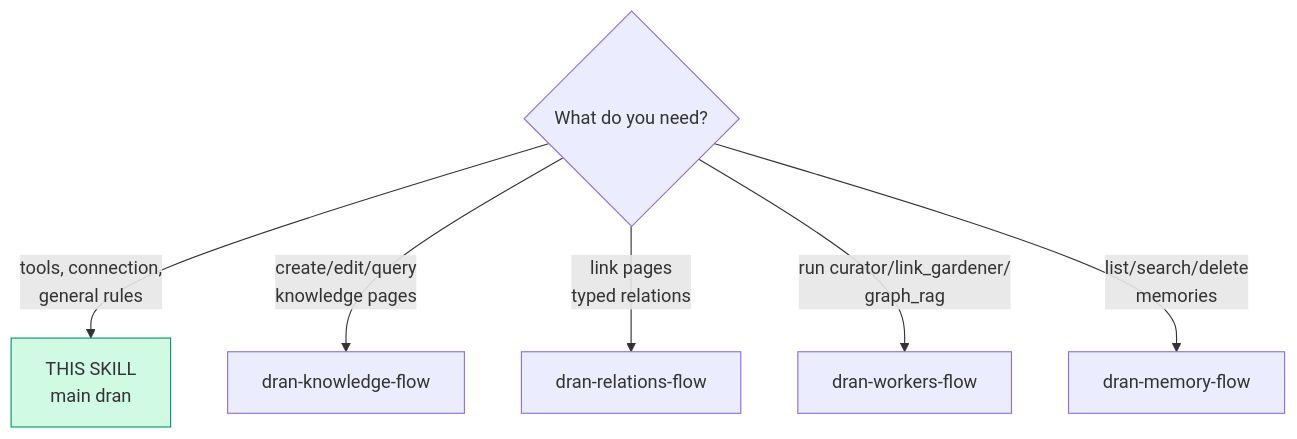
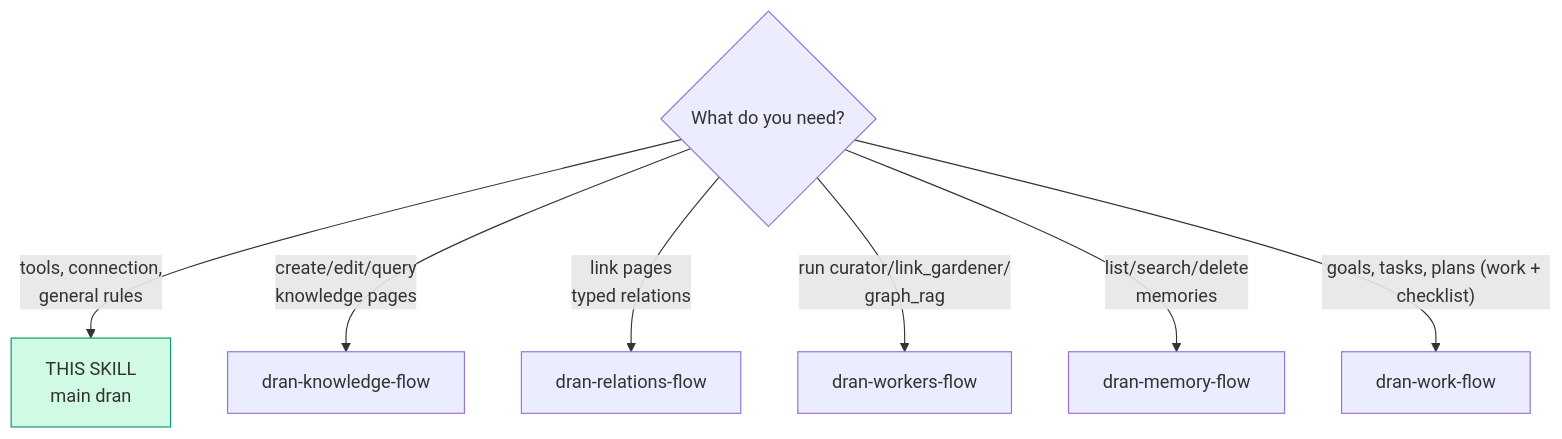
One commit to alvarolizama/dran changed the first of 3 diagrams in skills/dran/SKILL.md. Above: the diagram before and after it, drawn with Mermaid. The commit also changed other lines of this file and 6 other files, not shown here.

First line of the commit message:
docs(skills): el flujo de trabajo (goals, tasks, plans) entra al suite

````diff
--- a/skills/dran/SKILL.md
+++ b/skills/dran/SKILL.md
@@ -29,10 +29,12 @@
 ```mermaid
 flowchart TD
   Q{What do you need?} -->|"tools, connection,\ngeneral rules"| SELF["THIS SKILL\nmain dran"]
   Q -->|"create/edit/query\nknowledge pages"| K[dran-knowledge-flow]
   Q -->|"link pages\ntyped relations"| R[dran-relations-flow]
   Q -->|"run curator/link_gardener/\ngraph_rag"| X[dran-workers-flow]
   Q -->|"list/search/delete\nmemories"| M[dran-memory-flow]
 
+  Q -->|"goals, tasks, plans (work + checklist)"| W[dran-work-flow]
+
   style SELF fill:#d1fae5,stroke:#059669
 ```
````
